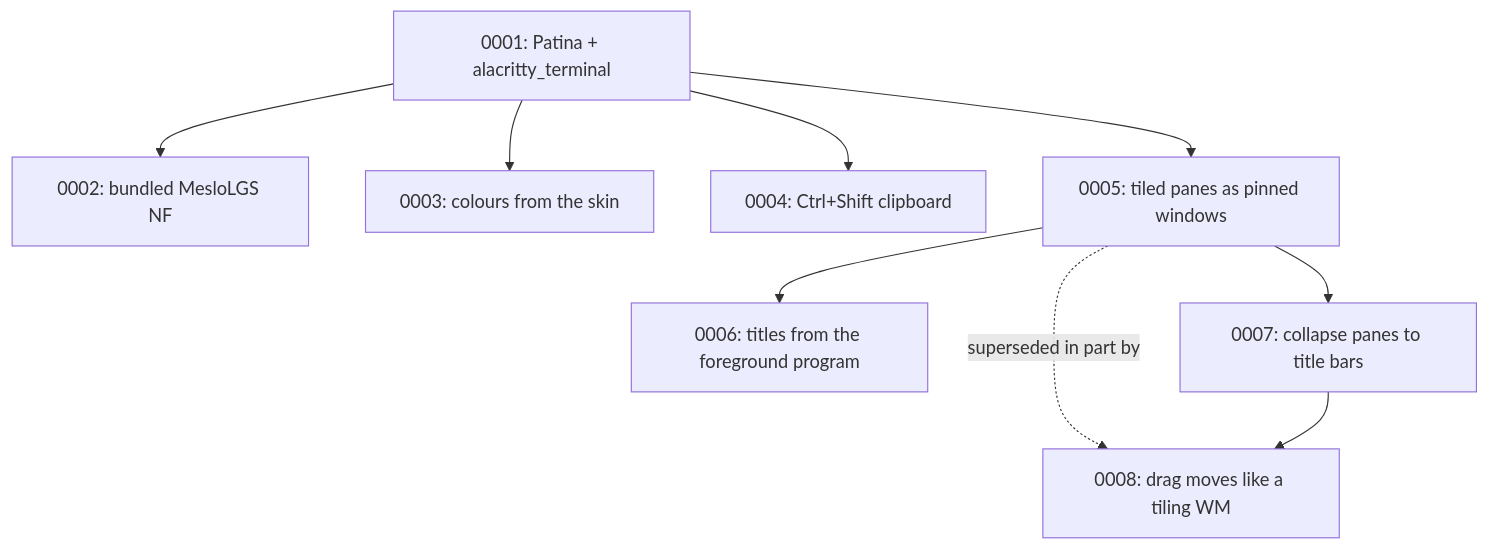
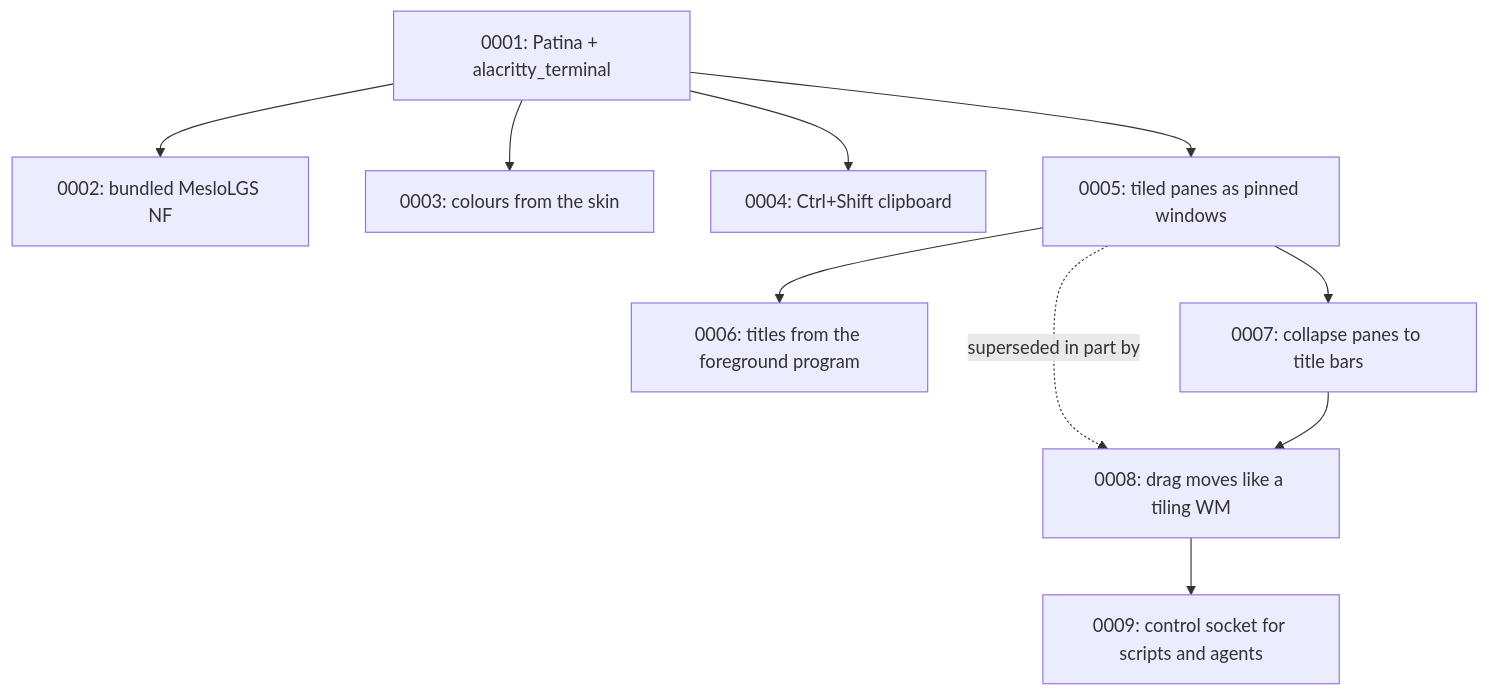
Before and after one commit to Sector-F-Labs/teleprinter: the diagram in docs/adr/README.md, drawn with Mermaid. The commit also changed other lines of this file and 10 other files, not shown here.

First line of the commit message:
Control socket and `teleprinter msg`, for agents to open panes

````diff
--- a/docs/adr/README.md
+++ b/docs/adr/README.md
@@ -56,11 +57,12 @@
 ```mermaid
 flowchart TD
     A[0001: Patina + alacritty_terminal] --> B[0002: bundled MesloLGS NF]
     A --> C[0003: colours from the skin]
     A --> D[0004: Ctrl+Shift clipboard]
     A --> E[0005: tiled panes as pinned windows]
     E --> F[0006: titles from the foreground program]
     E --> G[0007: collapse panes to title bars]
     E -.superseded in part by.-> H[0008: drag moves like a tiling WM]
     G --> H
+    H --> I[0009: control socket for scripts and agents]
 ```
````
